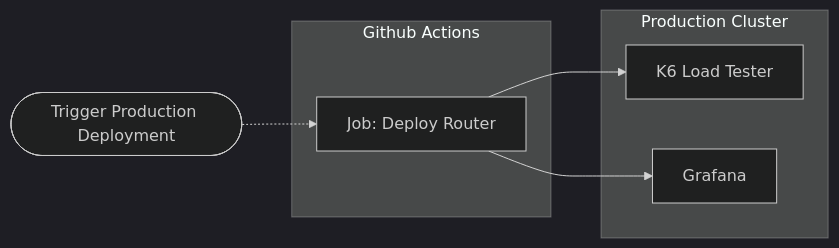
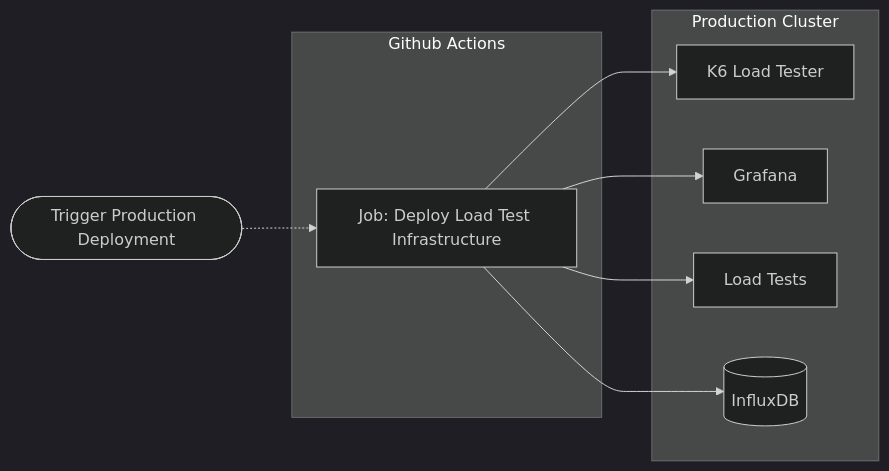
Before and after one commit to apollographql/docs: diagram 11 of 12 in src/content/graphos/enterprise/reference-architecture.mdx, drawn with Mermaid (dark theme). The commit also changed other lines of this file, not shown here.

````diff
--- a/src/content/graphos/enterprise/reference-architecture.mdx
+++ b/src/content/graphos/enterprise/reference-architecture.mdx
@@ -236,17 +439,21 @@
 ```mermaid
 flowchart LR
   trigger(["Trigger Production Deployment"])
 
   subgraph githubactions["Github Actions"]
-    deploy["Job: Deploy Router"]
+    deploy["Job: Deploy Load Test Infrastructure"]
   end
 
   subgraph cluster["Production Cluster"]
     k6["K6 Load Tester"]
 		grafana["Grafana"]
+		tests["Load Tests"]
+    influxdb[("InfluxDB")]
   end
 
   trigger -.-> deploy
   deploy --> k6
   deploy --> grafana
+  deploy --> tests
+  deploy --> influxdb
 ```
````
